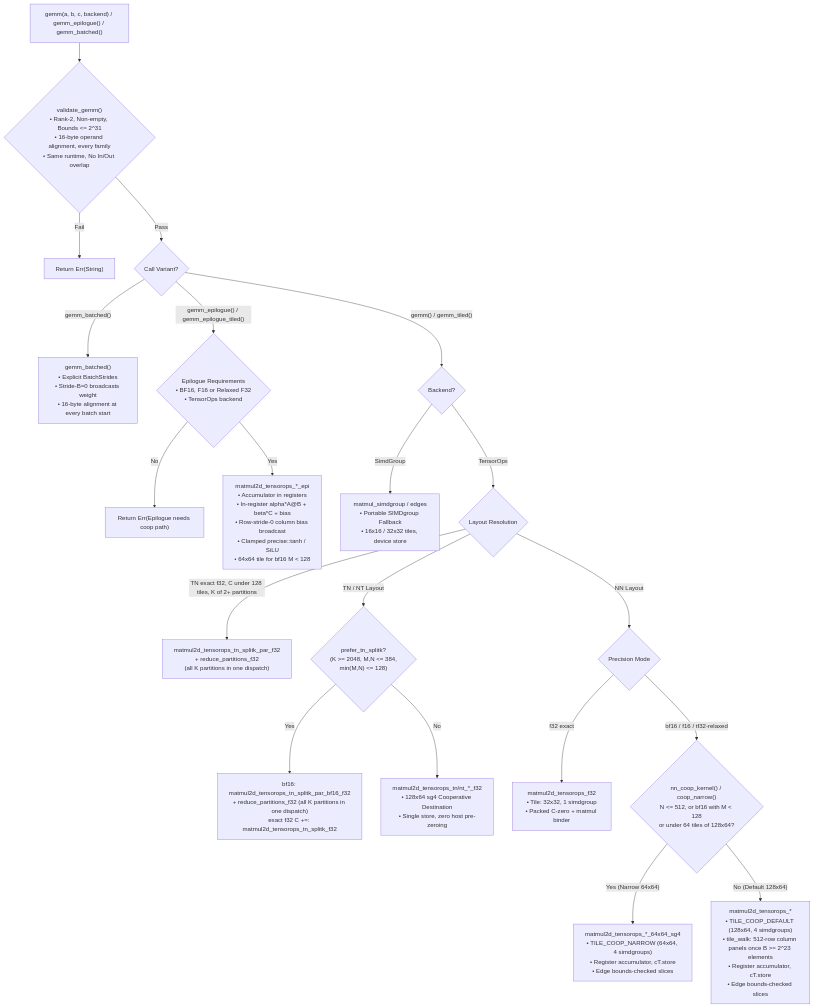
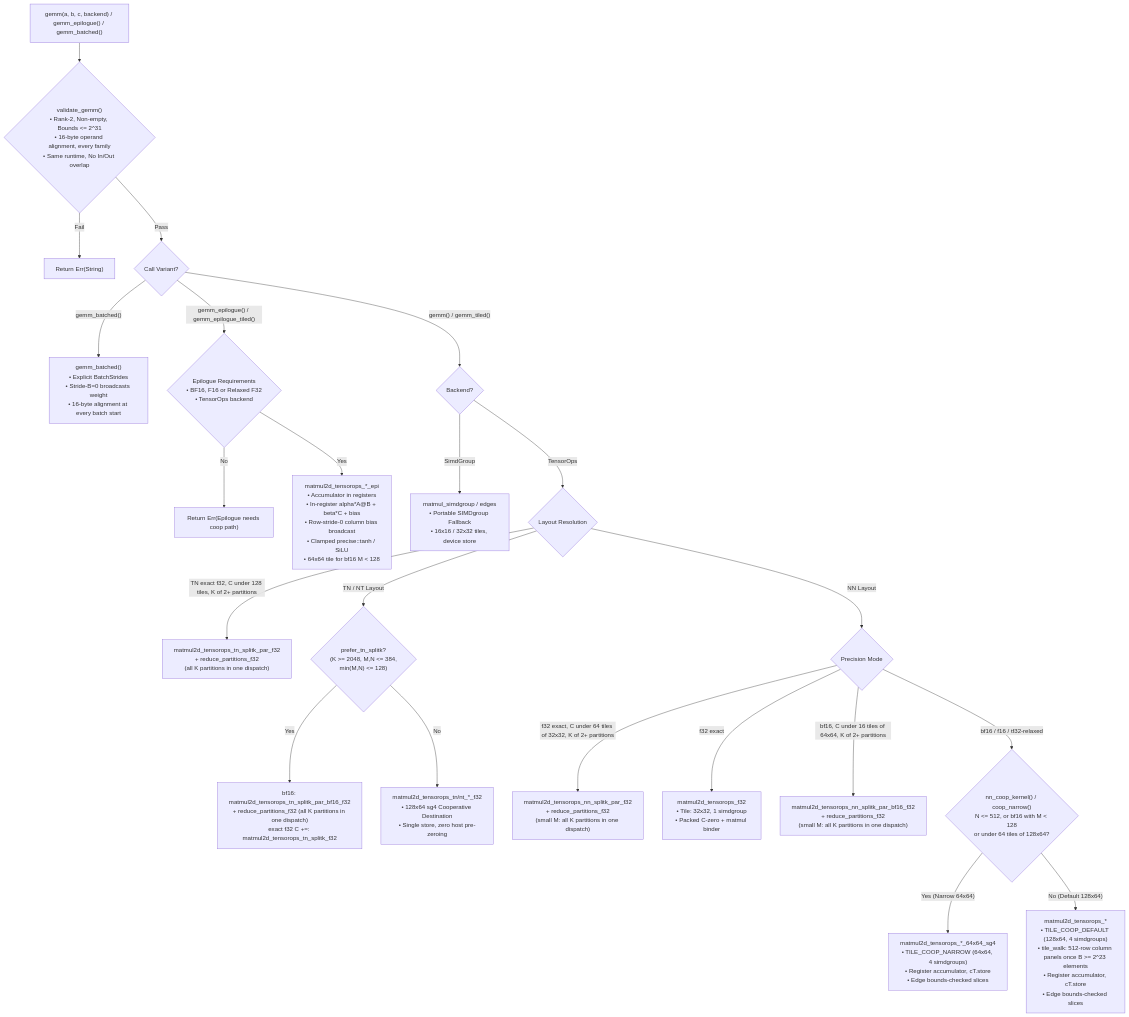
The first of 8 diagrams in docs/architecture.md (bharathvbcr/tessl), drawn with Mermaid before and after one commit. The commit also changed other lines of this file and 18 other files, not shown here.

First line of the commit message:
WIP small-M NN lane (exact f32 + bf16): NOT mergeable, kept for its history

````diff
--- a/docs/architecture.md
+++ b/docs/architecture.md
@@ -11,31 +11,33 @@
 ```mermaid
 flowchart TD
     Start["gemm(a, b, c, backend) / gemm_epilogue() / gemm_batched()"] --> Validate{"validate_gemm()<br/>• Rank-2, Non-empty, Bounds &lt;= 2^31<br/>• 16-byte operand alignment, every family<br/>• Same runtime, No In/Out overlap"}
     Validate -- Fail --> Err["Return Err(String)"]
     Validate -- Pass --> ModeCheck{"Call Variant?"}
 
     ModeCheck -- "gemm_batched()" --> Batched["gemm_batched()<br/>• Explicit BatchStrides<br/>• Stride-B=0 broadcasts weight<br/>• 16-byte alignment at every batch start"]
     ModeCheck -- "gemm_epilogue() / gemm_epilogue_tiled()" --> EpiCheck{"Epilogue Requirements<br/>• BF16, F16 or Relaxed F32<br/>• TensorOps backend"}
     EpiCheck -- No --> EpiErr["Return Err(Epilogue needs coop path)"]
     EpiCheck -- Yes --> EpiDispatch["matmul2d_tensorops_*_epi<br/>• Accumulator in registers<br/>• In-register alpha*A@B + beta*C + bias<br/>• Row-stride-0 column bias broadcast<br/>• Clamped precise::tanh / SiLU<br/>• 64x64 tile for bf16 M &lt; 128"]
     
     ModeCheck -- "gemm() / gemm_tiled()" --> BackendCheck{"Backend?"}
 
     BackendCheck -- SimdGroup --> SimdGroupKernel["matmul_simdgroup / edges<br/>• Portable SIMDgroup Fallback<br/>• 16x16 / 32x32 tiles, device store"]
     BackendCheck -- TensorOps --> LayoutCheck{"Layout Resolution"}
 
     LayoutCheck -- "TN exact f32, C under 128 tiles, K of 2+ partitions" --> ParTN["matmul2d_tensorops_tn_splitk_par_f32<br/>+ reduce_partitions_f32<br/>(all K partitions in one dispatch)"]
     LayoutCheck -- "TN / NT Layout" --> SplitKCheck{"prefer_tn_splitk?<br/>(K &gt;= 2048, M,N &lt;= 384,<br/>min(M,N) &lt;= 128)"}
     SplitKCheck -- Yes --> SplitKKernel["bf16: matmul2d_tensorops_tn_splitk_par_bf16_f32<br/>+ reduce_partitions_f32 (all K partitions in one dispatch)<br/>exact f32 C +=: matmul2d_tensorops_tn_splitk_f32"]
     SplitKCheck -- No --> CoopTN["matmul2d_tensorops_tn/nt_*_f32<br/>• 128x64 sg4 Cooperative Destination<br/>• Single store, zero host pre-zeroing"]
 
     LayoutCheck -- "NN Layout" --> PrecisionCheck{"Precision Mode"}
     
+    PrecisionCheck -- "f32 exact, C under 64 tiles of 32x32, K of 2+ partitions" --> ParNN["matmul2d_tensorops_nn_splitk_par_f32<br/>+ reduce_partitions_f32<br/>(small M: all K partitions in one dispatch)"]
     PrecisionCheck -- "f32 exact" --> F32Exact["matmul2d_tensorops_f32<br/>• Tile: 32x32, 1 simdgroup<br/>• Packed C-zero + matmul binder"]
     
+    PrecisionCheck -- "bf16, C under 16 tiles of 64x64, K of 2+ partitions" --> ParNNBf16["matmul2d_tensorops_nn_splitk_par_bf16_f32<br/>+ reduce_partitions_f32<br/>(small M: all K partitions in one dispatch)"]
     PrecisionCheck -- "bf16 / f16 / tf32-relaxed" --> NNTable{"nn_coop_kernel() / coop_narrow()<br/>N &lt;= 512, or bf16 with M &lt; 128<br/>or under 64 tiles of 128x64?"}
     
     NNTable -- "Yes (Narrow 64x64)" --> NNNarrow["matmul2d_tensorops_*_64x64_sg4<br/>• TILE_COOP_NARROW (64x64, 4 simdgroups)<br/>• Register accumulator, cT.store<br/>• Edge bounds-checked slices"]
     
     NNTable -- "No (Default 128x64)" --> NNDefault["matmul2d_tensorops_*<br/>• TILE_COOP_DEFAULT (128x64, 4 simdgroups)<br/>• tile_walk: 512-row column panels once B &gt;= 2^23 elements<br/>• Register accumulator, cT.store<br/>• Edge bounds-checked slices"]
 ```
````
